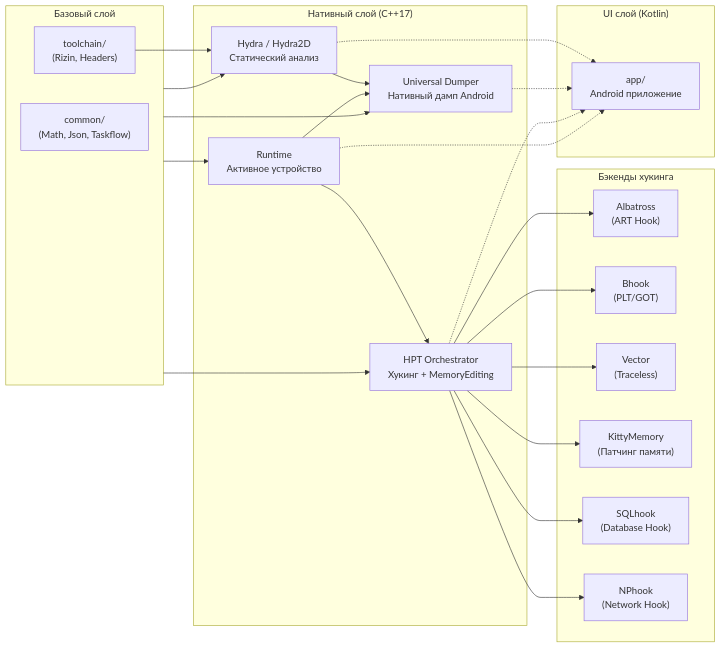
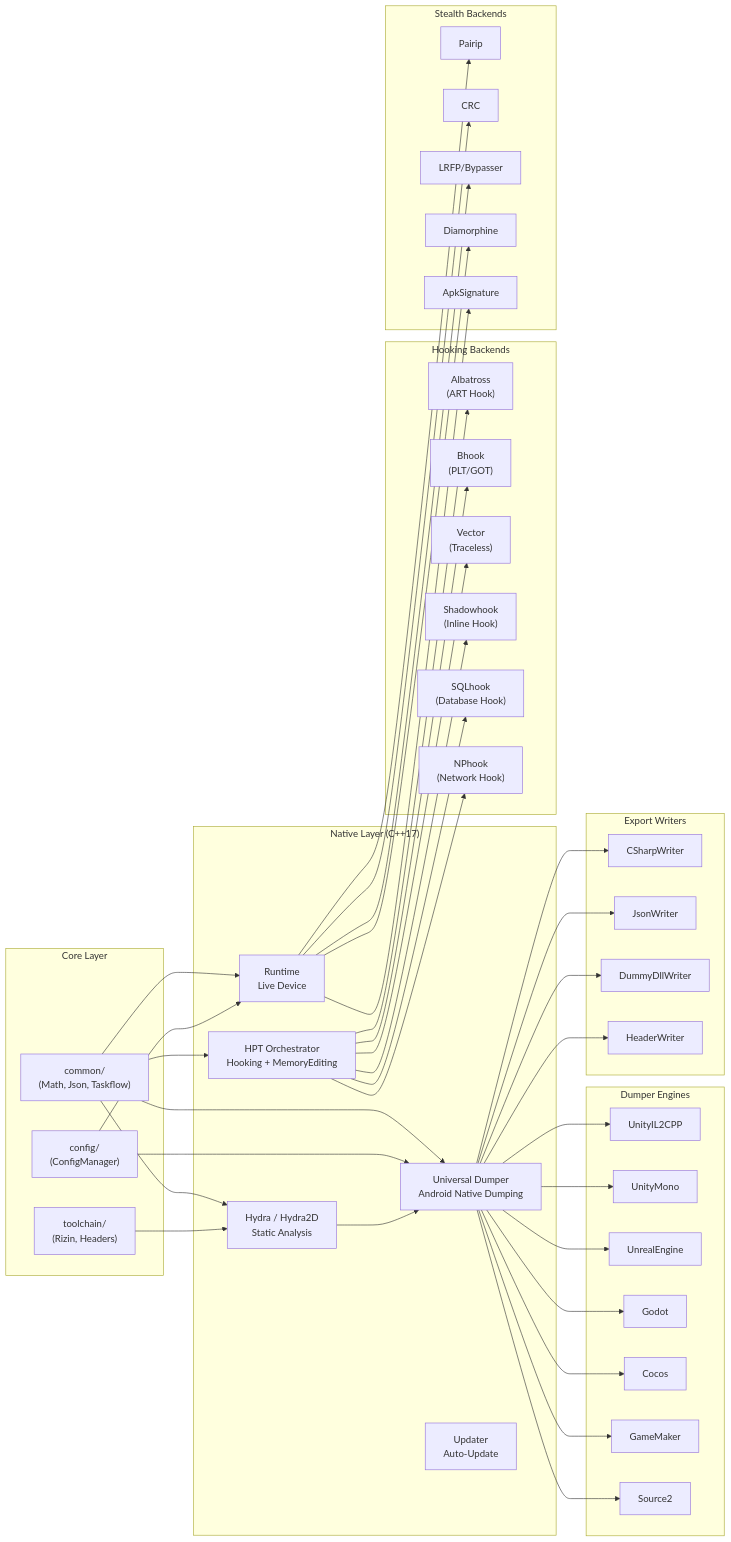
The second of 2 diagrams in README_RU.md (CicakDroid/OmniByte), drawn with Mermaid before and after one commit. The commit also changed other lines of this file and 4 other files, not shown here.

````diff
--- a/README_RU.md
+++ b/README_RU.md
@@ -267,48 +324,81 @@
 ```mermaid
 flowchart LR
-    subgraph CORE["Базовый слой"]
+    subgraph CORE["Core Layer"]
         COMMON["common/\n(Math, Json, Taskflow)"]
         TOOLCHAIN["toolchain/\n(Rizin, Headers)"]
+        CFM["config/\n(ConfigManager)"]
     end
 
-    subgraph NATIVE["Нативный слой (C++17)"]
-        HYDRA["Hydra / Hydra2D\nСтатический анализ"]
-        DUMPER["Universal Dumper\nНативный дамп Android"]
-        HPT["HPT Orchestrator\nХукинг + MemoryEditing"]
-        RUNTIME["Runtime\nАктивное устройство"]
+    subgraph NATIVE["Native Layer (C++17)"]
+        HYDRA["Hydra / Hydra2D\nStatic Analysis"]
+        DUMPER["Universal Dumper\nAndroid Native Dumping"]
+        HPT["HPT Orchestrator\nHooking + MemoryEditing"]
+        RUNTIME["Runtime\nLive Device"]
+        UPDATER["Updater\nAuto-Update"]
     end
 
-    subgraph HOOKS["Бэкенды хукинга"]
+    subgraph HOOKS["Hooking Backends"]
         HK_ART["Albatross\n(ART Hook)"]
         HK_BHK["Bhook\n(PLT/GOT)"]
         HK_VEC["Vector\n(Traceless)"]
-        HK_KIT["KittyMemory\n(Патчинг памяти)"]
+        HK_SHD["Shadowhook\n(Inline Hook)"]
         HK_SQL["SQLhook\n(Database Hook)"]
         HK_NP["NPhook\n(Network Hook)"]
     end
 
-    subgraph UI["UI слой (Kotlin)"]
-        APP["app/\nAndroid приложение"]
+    subgraph DUMP_ENGINES["Dumper Engines"]
+        DE_UIL["UnityIL2CPP"]
+        DE_UM["UnityMono"]
+        DE_UNR["UnrealEngine"]
+        DE_GD["Godot"]
+        DE_CC["Cocos"]
+        DE_GM["GameMaker"]
+        DE_S2["Source2"]
     end
 
-    CORE --> HYDRA
-    CORE --> DUMPER
-    CORE --> HPT
-    CORE --> RUNTIME
+    subgraph STEALTH["Stealth Backends"]
+        ZZ_PAIR["Pairip"]
+        ZZ_CRC["CRC"]
+        ZZ_LRFP["LRFP/Bypasser"]
+        ZZ_DIAM["Diamorphine"]
+        ZZ_APK["ApkSignature"]
+    end
+
+    subgraph WRITERS["Export Writers"]
+        W_CS["CSharpWriter"]
+        W_JSON["JsonWriter"]
+        W_DLL["DummyDllWriter"]
+        W_HDR["HeaderWriter"]
+    end
+
+    COMMON --> HYDRA
+    COMMON --> DUMPER
+    COMMON --> HPT
+    COMMON --> RUNTIME
     TOOLCHAIN --> HYDRA
-
+    CFM --> RUNTIME
+    CFM --> DUMPER
     HYDRA --> DUMPER
-    RUNTIME --> DUMPER
-    RUNTIME --> HPT
+    DUMPER --> W_CS
+    DUMPER --> W_JSON
+    DUMPER --> W_DLL
+    DUMPER --> W_HDR
     HPT --> HK_ART
     HPT --> HK_BHK
     HPT --> HK_VEC
-    HPT --> HK_KIT
+    HPT --> HK_SHD
     HPT --> HK_SQL
     HPT --> HK_NP
-
-    HYDRA -.-> APP
-    DUMPER -.-> APP
-    HPT -.-> APP
-    RUNTIME -.-> APP
+    DUMPER --> DE_UIL
+    DUMPER --> DE_UM
+    DUMPER --> DE_UNR
+    DUMPER --> DE_GD
+    DUMPER --> DE_CC
+    DUMPER --> DE_GM
+    DUMPER --> DE_S2
+    RUNTIME --> ZZ_PAIR
+    RUNTIME --> ZZ_CRC
+    RUNTIME --> ZZ_LRFP
+    RUNTIME --> ZZ_DIAM
+    RUNTIME --> ZZ_APK
 ```
````
